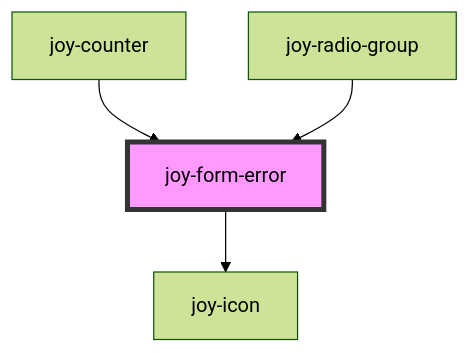
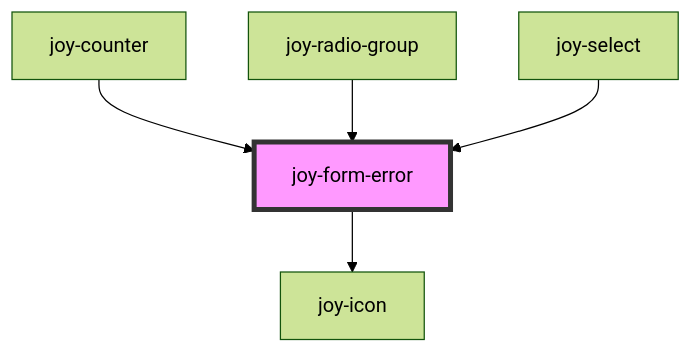
One commit to Maltcommunity/joy changed the diagram in core/src/components/form-error/readme.md. Above: the diagram before and after it, drawn with Mermaid (forest theme). The commit also changed other lines of this file and 157 other files, not shown here.

````diff
--- a/core/src/components/form-error/readme.md
+++ b/core/src/components/form-error/readme.md
@@ -44,7 +45,8 @@
 ```mermaid
 graph TD;
   joy-form-error --> joy-icon
   joy-counter --> joy-form-error
   joy-radio-group --> joy-form-error
+  joy-select --> joy-form-error
   style joy-form-error fill:#f9f,stroke:#333,stroke-width:4px
 ```
````
